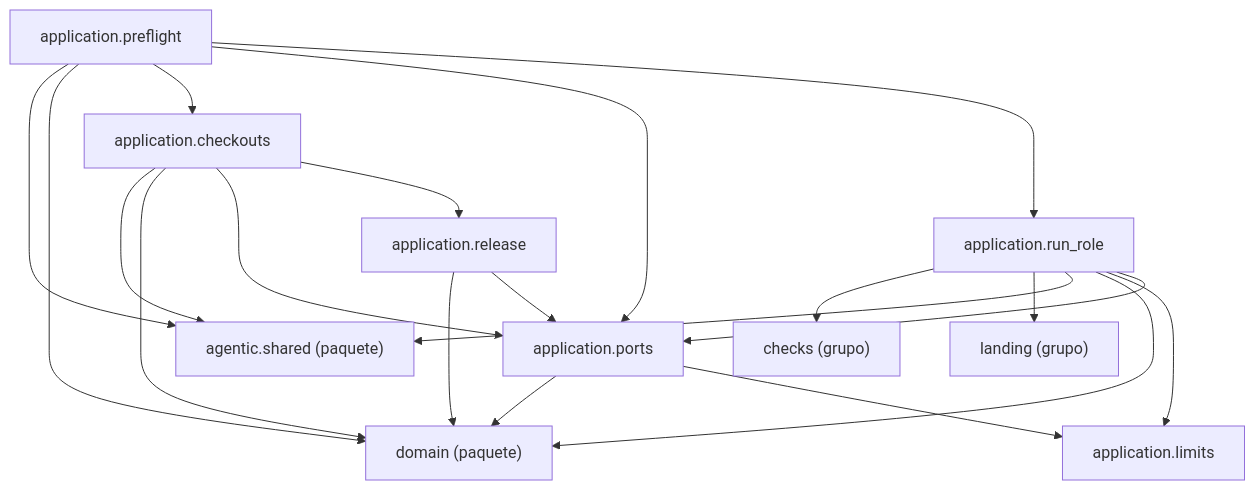
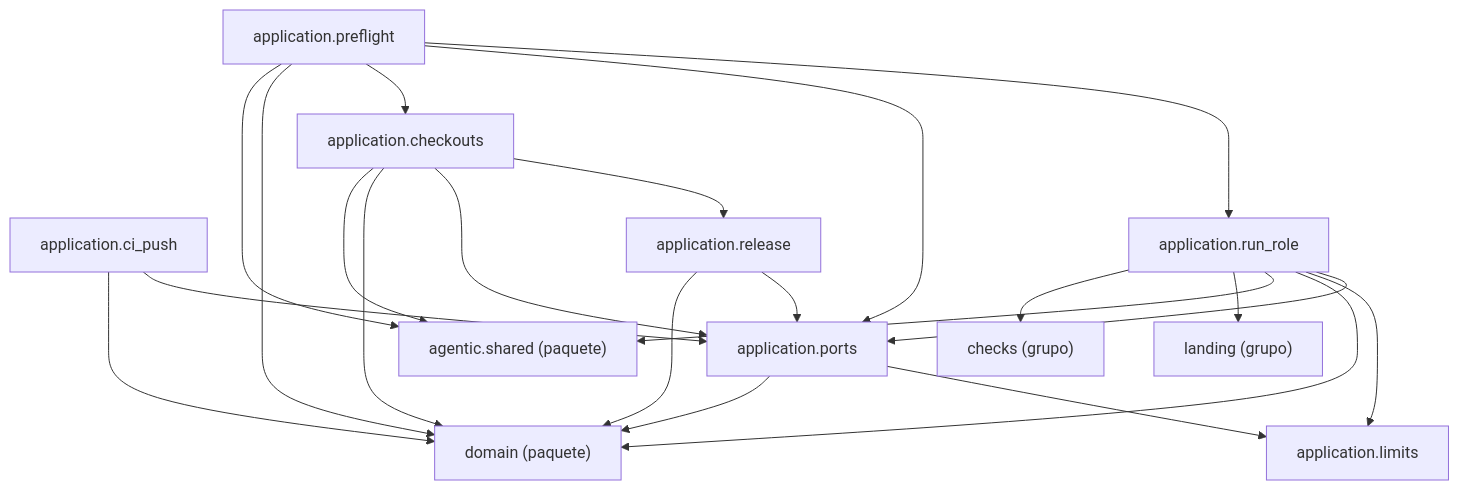
Before and after one commit to GonzaloZevallos/agentic-system: the diagram in docs/architecture/generated/packages-process-application-support.md, drawn with Mermaid. The commit also changed other lines of this file and 23 other files, not shown here.

First line of the commit message:
Move application.ci_push to the support cluster so the process pages stay within 27

````diff
--- a/docs/architecture/generated/packages-process-application-support.md
+++ b/docs/architecture/generated/packages-process-application-support.md
@@ -17,32 +16,35 @@
 ```mermaid
 graph TD
     g_application__checks["checks (grupo)"]
     g_application__landing["landing (grupo)"]
     g_pkg__agentic__shared["agentic.shared (paquete)"]
     g_pkg__domain["domain (paquete)"]
     m_application__checkouts["application.checkouts"]
+    m_application__ci_push["application.ci_push"]
     m_application__limits["application.limits"]
     m_application__ports["application.ports"]
     m_application__preflight["application.preflight"]
     m_application__release["application.release"]
     m_application__run_role["application.run_role"]
     m_application__checkouts --> g_pkg__agentic__shared
     m_application__checkouts --> g_pkg__domain
     m_application__checkouts --> m_application__ports
     m_application__checkouts --> m_application__release
+    m_application__ci_push --> g_pkg__domain
+    m_application__ci_push --> m_application__ports
     m_application__ports --> g_pkg__domain
     m_application__ports --> m_application__limits
     m_application__preflight --> g_pkg__agentic__shared
     m_application__preflight --> g_pkg__domain
     m_application__preflight --> m_application__checkouts
     m_application__preflight --> m_application__ports
     m_application__preflight --> m_application__run_role
     m_application__release --> g_pkg__domain
     m_application__release --> m_application__ports
     m_application__run_role --> g_application__checks
     m_application__run_role --> g_application__landing
     m_application__run_role --> g_pkg__agentic__shared
     m_application__run_role --> g_pkg__domain
     m_application__run_role --> m_application__limits
     m_application__run_role --> m_application__ports
 ```
````
